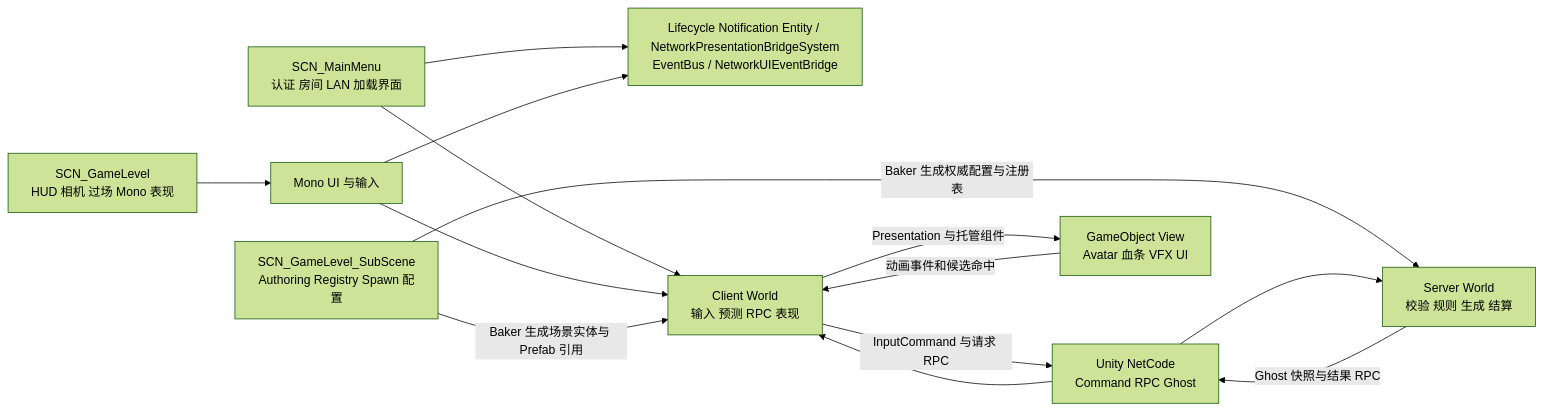
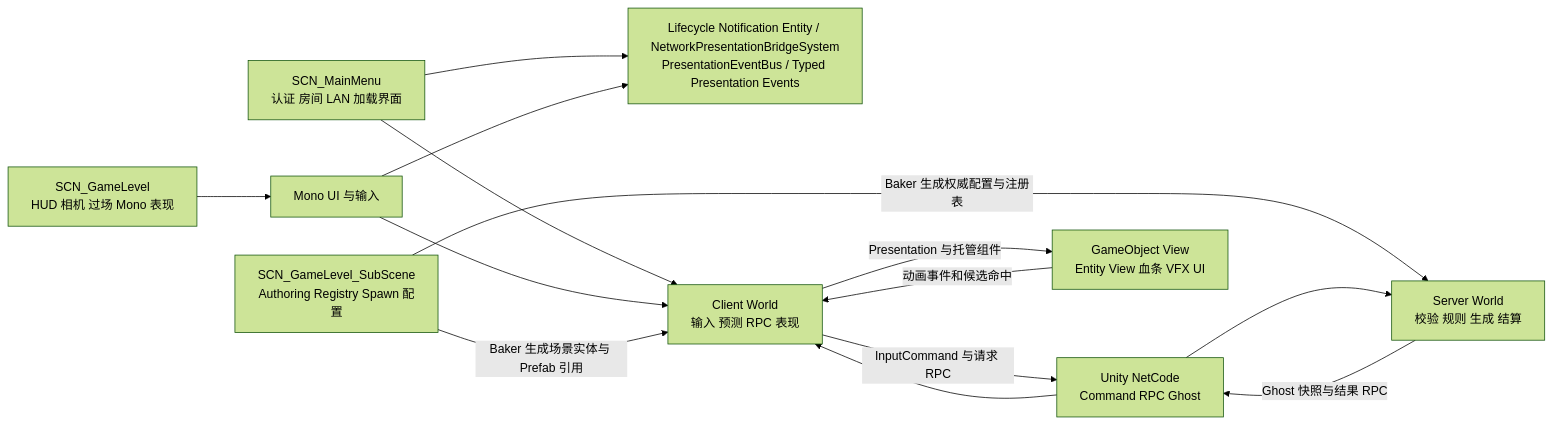
The diagram in docs/Architecture/README.md (mcaswen/AnimarsCatcher), drawn with Mermaid (forest theme) before and after one commit. The commit also changed 391 other files, not shown here.

````diff
--- a/docs/Architecture/README.md
+++ b/docs/Architecture/README.md
@@ -46,26 +46,26 @@
 ```mermaid
 flowchart LR
     Menu[SCN_MainMenu<br/>认证 房间 LAN 加载界面]
     Game[SCN_GameLevel<br/>HUD 相机 过场 Mono 表现]
     Sub[SCN_GameLevel_SubScene<br/>Authoring Registry Spawn 配置]
     UI[Mono UI 与输入]
-    Bridge[Lifecycle Notification Entity / NetworkPresentationBridgeSystem<br/>EventBus / NetworkUIEventBridge]
+    Bridge[Lifecycle Notification Entity / NetworkPresentationBridgeSystem<br/>PresentationEventBus / Typed Presentation Events]
     Client[Client World<br/>输入 预测 RPC 表现]
     Net[Unity NetCode<br/>Command RPC Ghost]
     Server[Server World<br/>校验 规则 生成 结算]
-    View[GameObject View<br/>Avatar 血条 VFX UI]
+    View[GameObject View<br/>Entity View 血条 VFX UI]
 
     Menu --> Bridge
     Menu --> Client
     Game --> UI
     UI --> Bridge
     UI --> Client
     Sub -->|Baker 生成场景实体与 Prefab 引用| Client
     Sub -->|Baker 生成权威配置与注册表| Server
     Client -->|InputCommand 与请求 RPC| Net
     Net --> Server
     Server -->|Ghost 快照与结果 RPC| Net
     Net --> Client
     Client -->|Presentation 与托管组件| View
     View -->|动画事件和候选命中| Client
 ```
````
